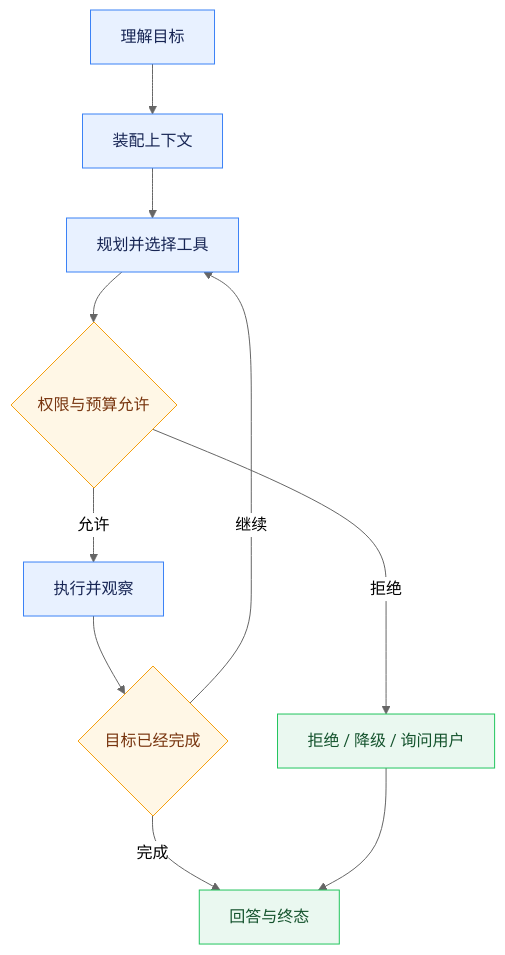
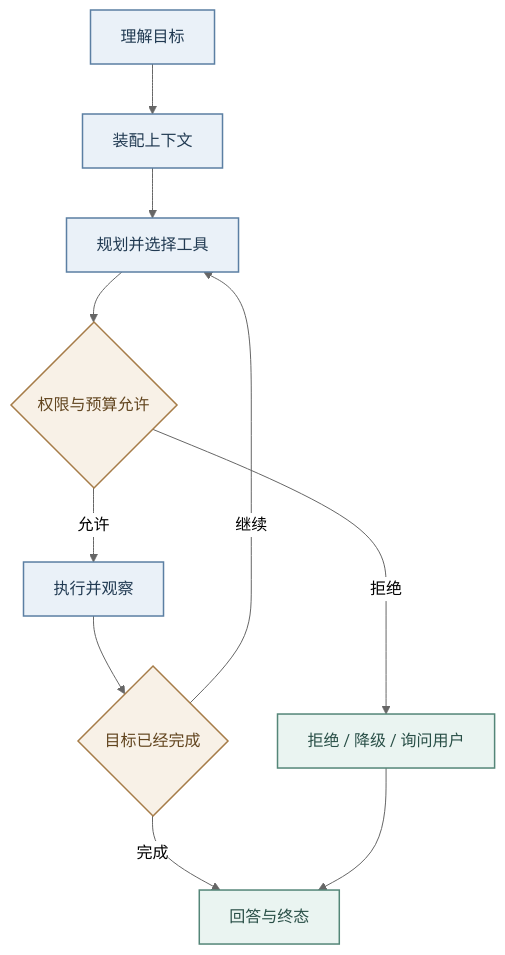
Before and after one commit to Logistic98/job-buddy: the fourth of 4 diagrams in agent-doc/架构设计/系统架构与核心链路.md, drawn with Mermaid (neutral theme). The commit also changed other lines of this file and 32 other files, not shown here.

Commit message:
docs: align engine context and diagram guidance

````diff
--- a/agent-doc/架构设计/系统架构与核心链路.md
+++ b/agent-doc/架构设计/系统架构与核心链路.md
@@ -142,19 +141,19 @@
 ```mermaid
 graph TD
     A[理解目标] --> B[装配上下文]
     B --> C[规划并选择工具]
     C --> D{权限与预算允许}
     D -->|允许| E[执行并观察]
     E --> F{目标已经完成}
     F -->|继续| C
     F -->|完成| G[回答与终态]
     D -->|拒绝| H["拒绝 / 降级 / 询问用户"]
     H --> G
 
-    classDef phase fill:#E8F1FF,stroke:#3B82F6,color:#172554;
-    classDef decision fill:#FFF7E6,stroke:#F59E0B,color:#78350F;
-    classDef terminal fill:#EAF8F0,stroke:#22C55E,color:#14532D;
+    classDef phase fill:#EAF1F8,stroke:#5B7FA3,color:#213A52,stroke-width:1.5px;
+    classDef decision fill:#F8F1E7,stroke:#A67C48,color:#62451F,stroke-width:1.5px;
+    classDef terminal fill:#EAF4F1,stroke:#548678,color:#294F47,stroke-width:1.5px;
     class A,B,C,E phase;
     class D,F decision;
     class G,H terminal;
 ```
````
